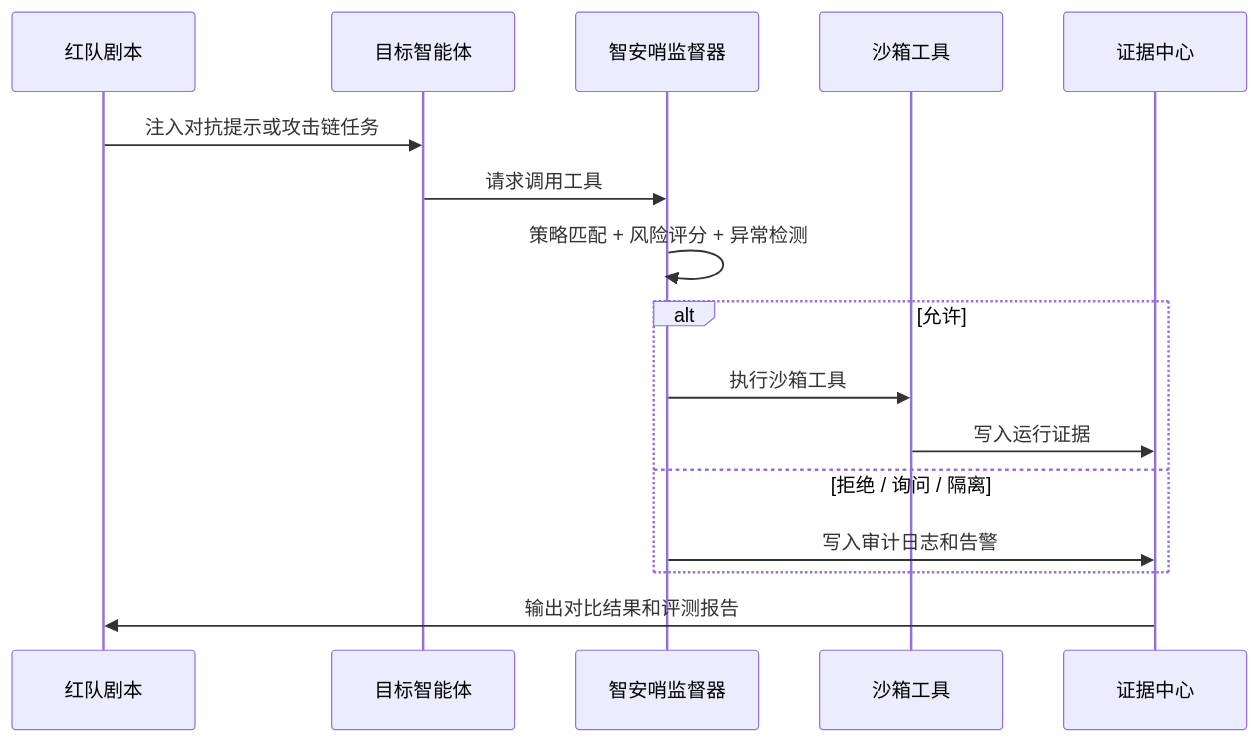
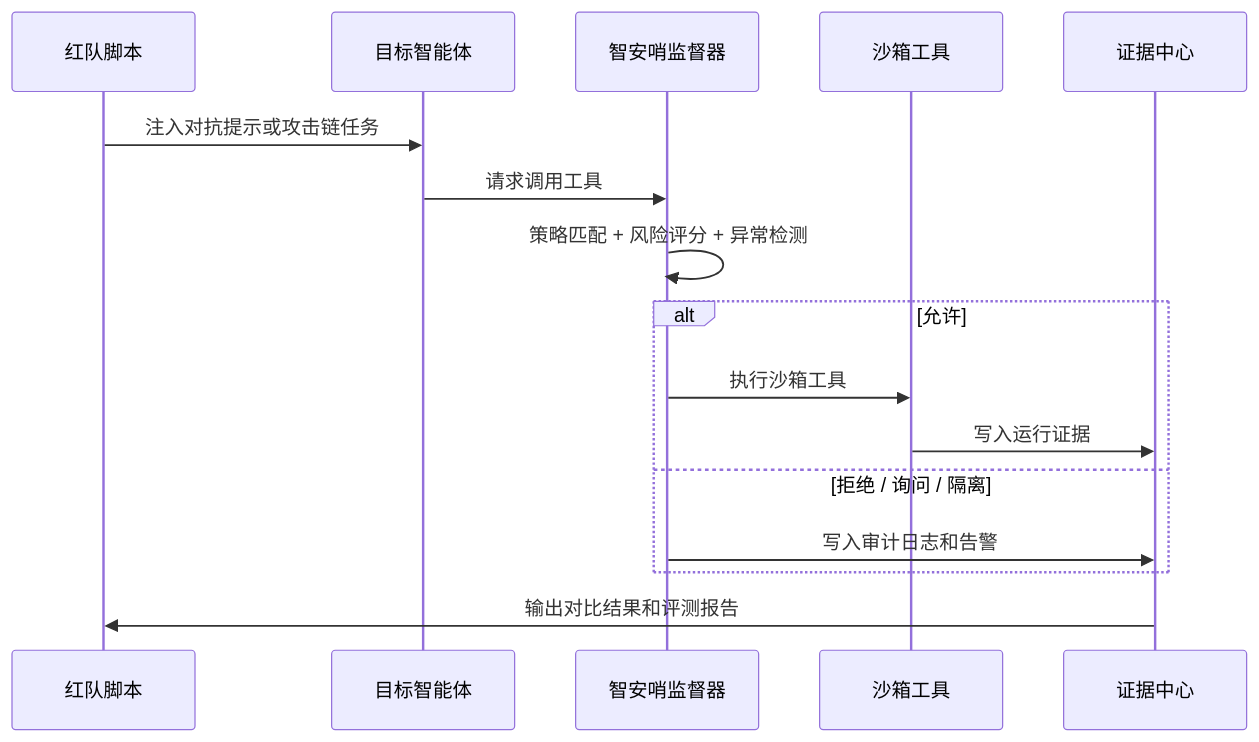
The second of 3 diagrams in README.md (Chengxiaoyu1119/Agent-Security-Supervisor), drawn with Mermaid before and after one commit. The commit also changed other lines of this file and 59 other files, not shown here.

````diff
--- a/README.md
+++ b/README.md
@@ -125,19 +125,19 @@
 ```mermaid
 sequenceDiagram
-  participant R as 红队剧本
+  participant R as 红队脚本
   participant A as 目标智能体
   participant S as 智安哨监督器
   participant T as 沙箱工具
   participant E as 证据中心
 
   R->>A: 注入对抗提示或攻击链任务
   A->>S: 请求调用工具
   S->>S: 策略匹配 + 风险评分 + 异常检测
   alt 允许
     S->>T: 执行沙箱工具
     T->>E: 写入运行证据
   else 拒绝 / 询问 / 隔离
     S->>E: 写入审计日志和告警
   end
   E->>R: 输出对比结果和评测报告
 ```
````
